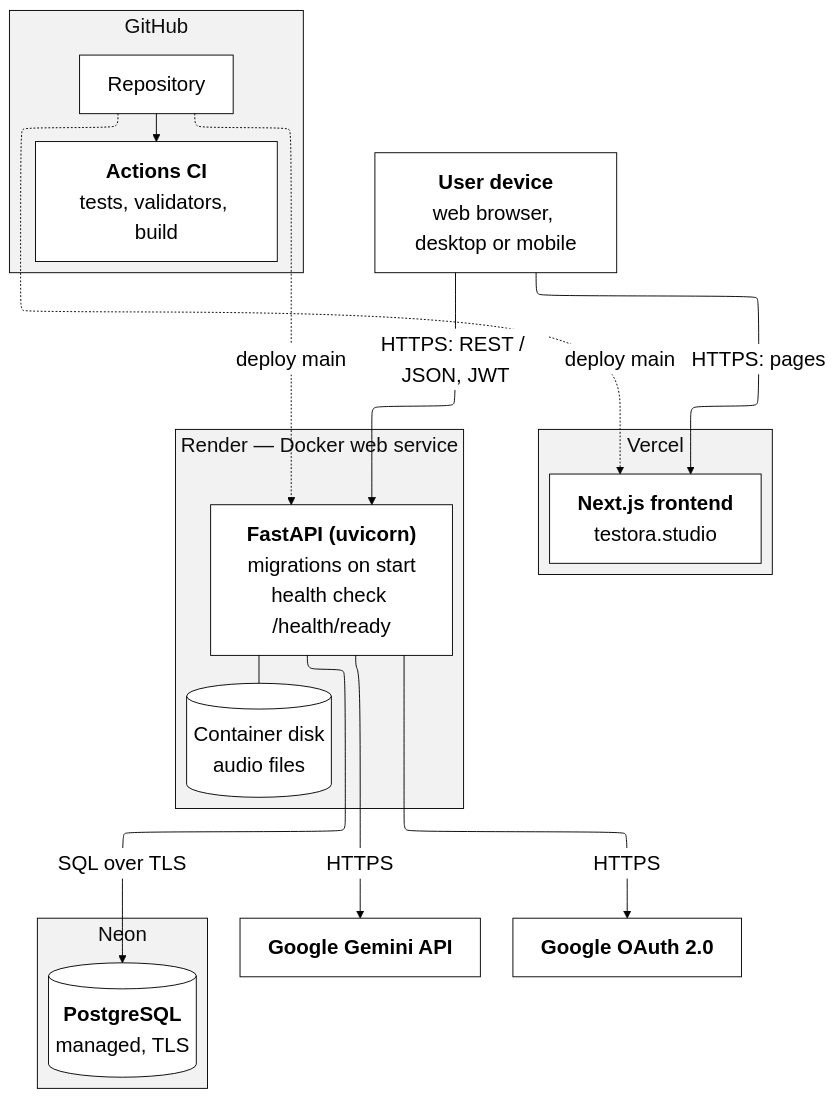
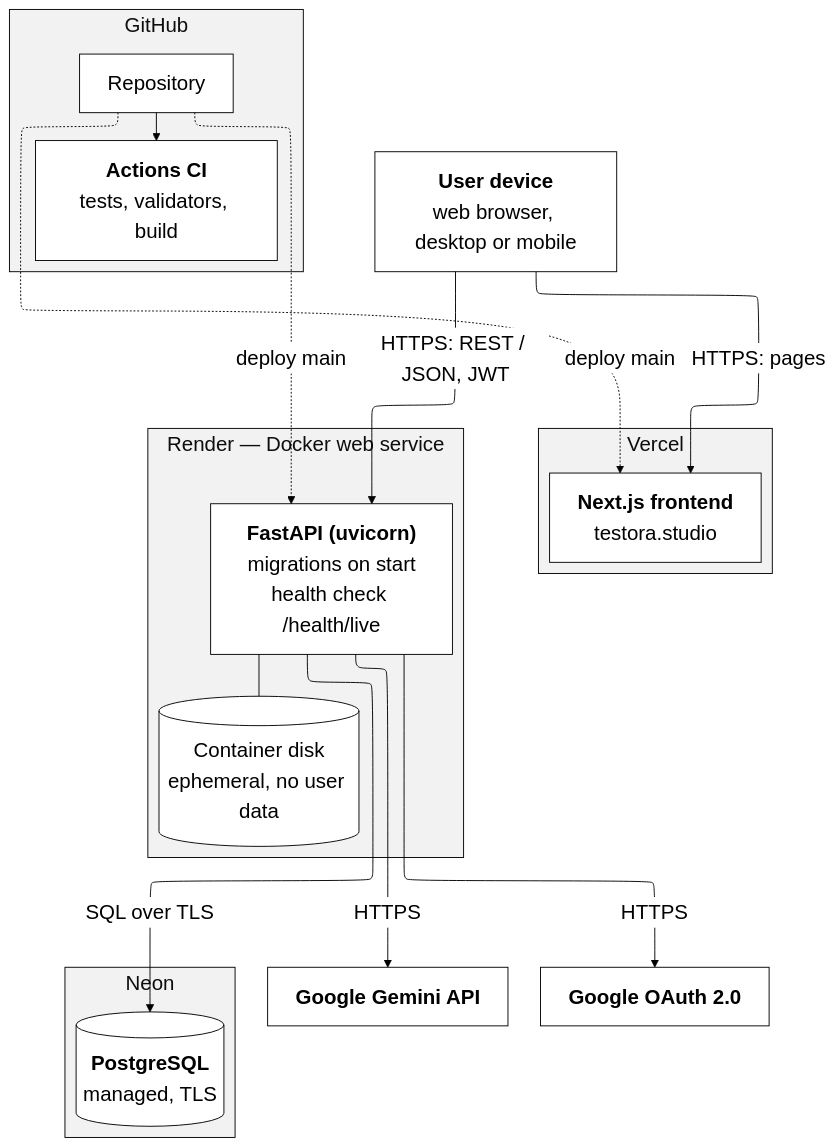
The diagram in docs/diagrams/deployment.mmd (RakhatBalga/Testora), drawn with Mermaid before and after one commit. The commit also changed 19 other files, not shown here.

```diff
--- a/docs/diagrams/deployment.mmd
+++ b/docs/diagrams/deployment.mmd
@@ -1,38 +1,38 @@
 ---
 config:
   layout: elk
 ---
 %% Testora: Deployment diagram (production)
 %% Source: render.yaml, backend/Dockerfile, backend/start-render.sh, .github/workflows/ci.yml
 %%{init: {"theme": "base", "themeVariables": {"fontSize": "22px", "fontFamily": "Times New Roman, serif", "primaryColor": "#ffffff", "primaryBorderColor": "#000000", "primaryTextColor": "#000000", "lineColor": "#000000", "clusterBkg": "#f2f2f2", "clusterBorder": "#000000", "tertiaryColor": "#f2f2f2"}, "flowchart": {"nodeSpacing": 40, "rankSpacing": 55}}}%%
 flowchart TB
     BR["<b>User device</b><br/>web browser, desktop or mobile"]
 
     subgraph Vercel["Vercel"]
         FE["<b>Next.js frontend</b><br/>testora.studio"]
     end
 
     subgraph Render["Render — Docker web service"]
-        API["<b>FastAPI (uvicorn)</b><br/>migrations on start<br/>health check /health/ready"]
-        FS[("Container disk<br/>audio files")]
+        API["<b>FastAPI (uvicorn)</b><br/>migrations on start<br/>health check /health/live"]
+        FS[("Container disk<br/>ephemeral, no user data")]
         API --- FS
     end
 
     subgraph Neon["Neon"]
         DB[("<b>PostgreSQL</b><br/>managed, TLS")]
     end
 
     GEM["<b>Google Gemini API</b>"]
     GOO["<b>Google OAuth 2.0</b>"]
 
     subgraph GH["GitHub"]
         REPO["Repository"] --> CI["<b>Actions CI</b><br/>tests, validators, build"]
     end
 
     BR -- "HTTPS: pages" --> FE
     BR -- "HTTPS: REST / JSON, JWT" --> API
     API -- "SQL over TLS" --> DB
     API -- "HTTPS" --> GEM
     API -- "HTTPS" --> GOO
     REPO -. "deploy main" .-> FE
     REPO -. "deploy main" .-> API
```
